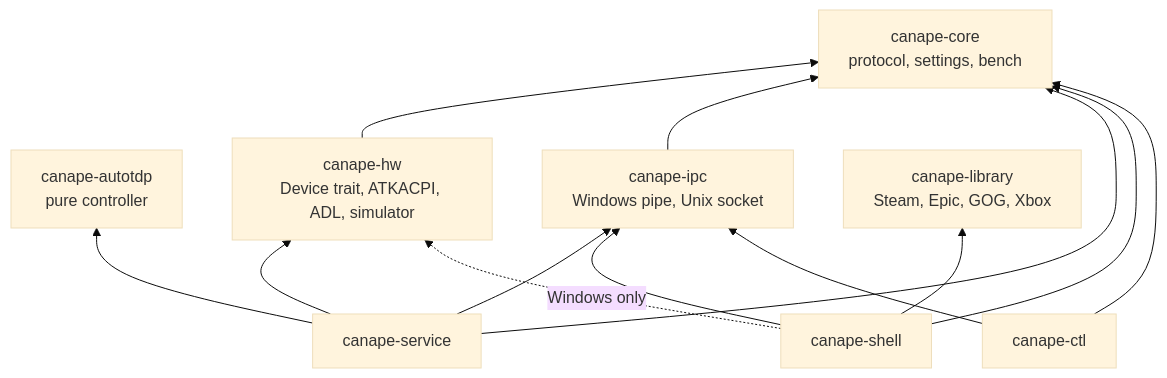
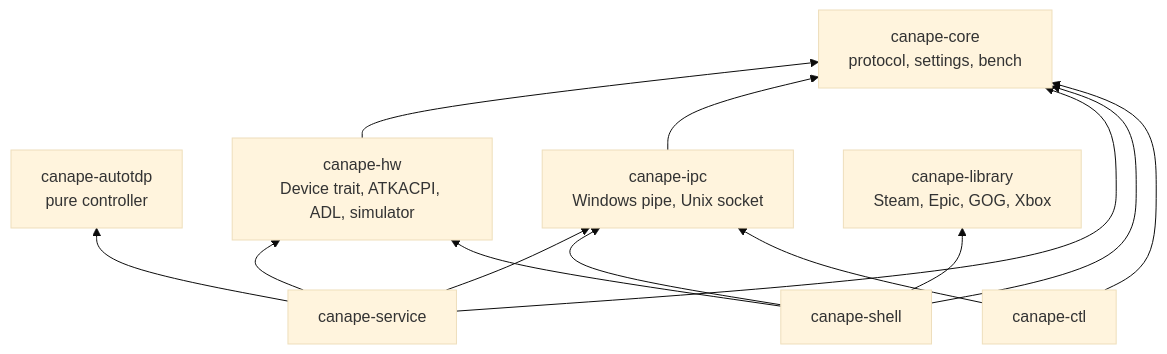
The second of 5 diagrams in docs/developer-guide.en.md (pierregouedar/canape), drawn with Mermaid (base theme) before and after one commit. The commit also changed other lines of this file and 35 other files, not shown here.

````diff
--- a/docs/developer-guide.en.md
+++ b/docs/developer-guide.en.md
@@ -87,23 +87,23 @@
 ```mermaid
 flowchart BT
     core["canape-core<br/>protocol, settings, bench"]
     autotdp["canape-autotdp<br/>pure controller"]
     hw["canape-hw<br/>Device trait, ATKACPI, ADL, simulator"]
     ipc["canape-ipc<br/>Windows pipe, Unix socket"]
     service["canape-service"]
     library["canape-library<br/>Steam, Epic, GOG, Xbox"]
     shell["canape-shell"]
     ctl["canape-ctl"]
     hw --> core
     ipc --> core
     service --> core
     service --> autotdp
     service --> hw
     service --> ipc
     shell --> core
     shell --> ipc
     shell --> library
-    shell -.->|"Windows only"| hw
+    shell --> hw
     ctl --> core
     ctl --> ipc
 ```
````
